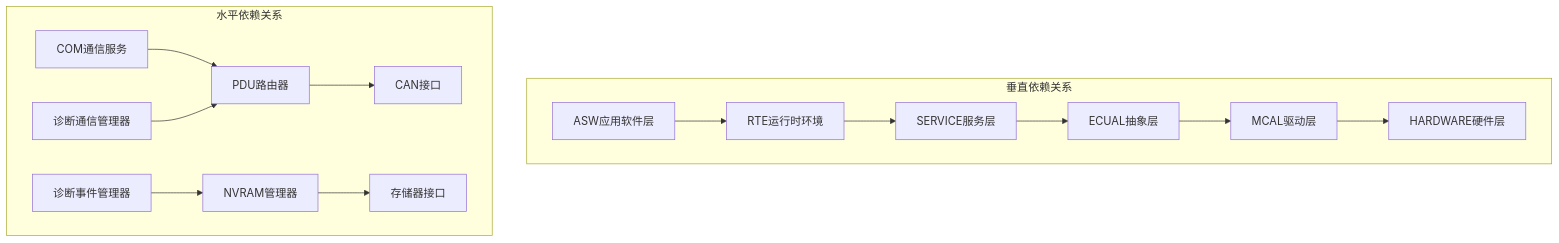
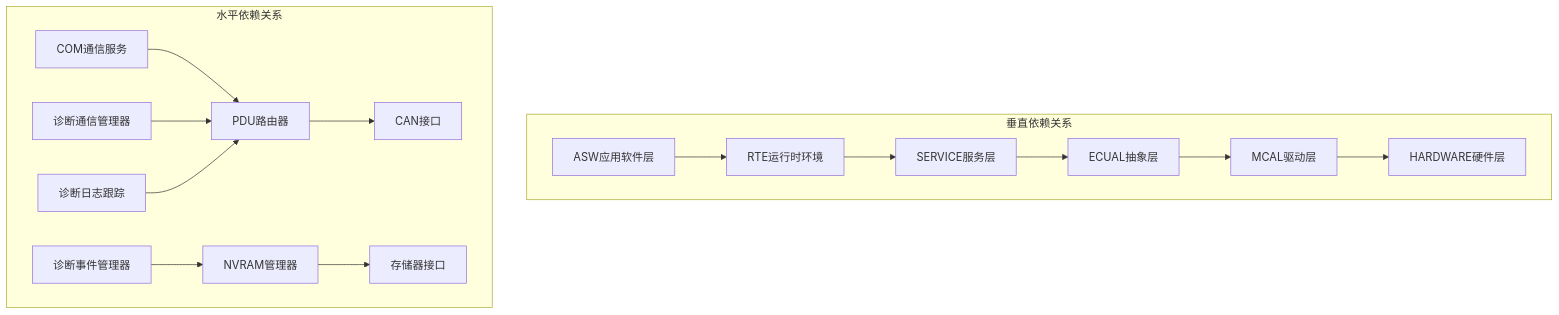
The sixth of 6 diagrams in .qoder/repowiki/zh/content/开发指南/开发流程/模块创建工作流程.md (frisky1985/yuleASR), drawn with Mermaid before and after one commit. The commit also changed other lines of this file and 4 other files, not shown here.

````diff
--- a/.qoder/repowiki/zh/content/开发指南/开发流程/模块创建工作流程.md
+++ b/.qoder/repowiki/zh/content/开发指南/开发流程/模块创建工作流程.md
@@ -410,28 +474,30 @@
 ```mermaid
 graph TB
 subgraph "垂直依赖关系"
 HARDWARE[HARDWARE硬件层]
 MCAL[MCAL驱动层]
 ECUAL[ECUAL抽象层]
 SERVICE[SERVICE服务层]
 RTE[RTE运行时环境]
 ASW[ASW应用软件层]
 ASW --> RTE
 RTE --> SERVICE
 SERVICE --> ECUAL
 ECUAL --> MCAL
 MCAL --> HARDWARE
 end
 subgraph "水平依赖关系"
 COM[COM通信服务]
 PDUR[PDU路由器]
 NVM[NVRAM管理器]
 DCM[诊断通信管理器]
 DEM[诊断事件管理器]
+DLT[诊断日志跟踪]
 COM --> PDUR
 PDUR --> CANIF[CAN接口]
 NVM --> MEMIF[存储器接口]
 DCM --> PDUR
 DEM --> NVM
+DLT --> PDUR
 end
 ```
````
